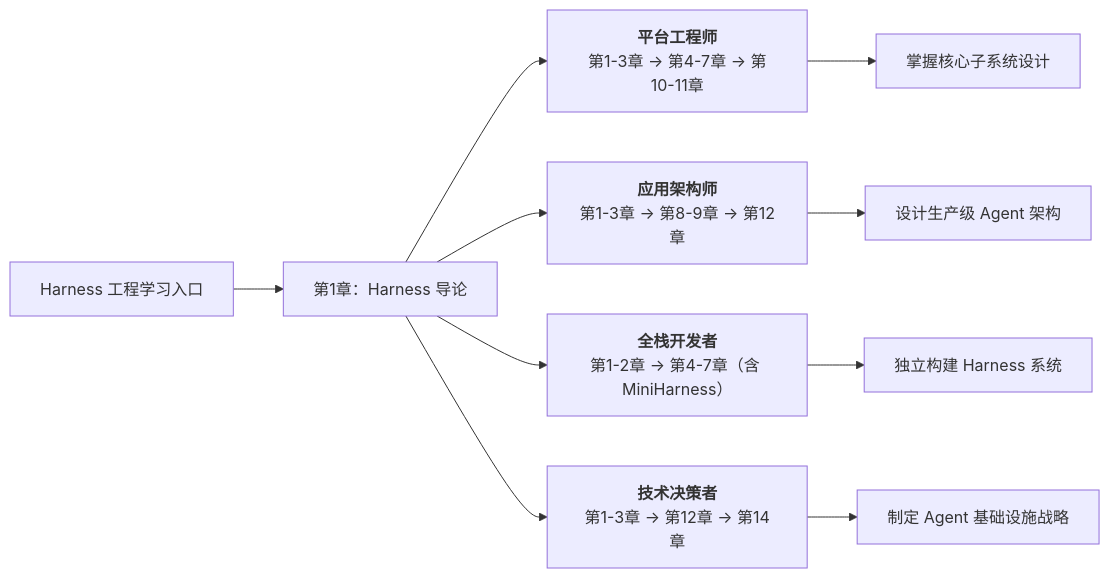
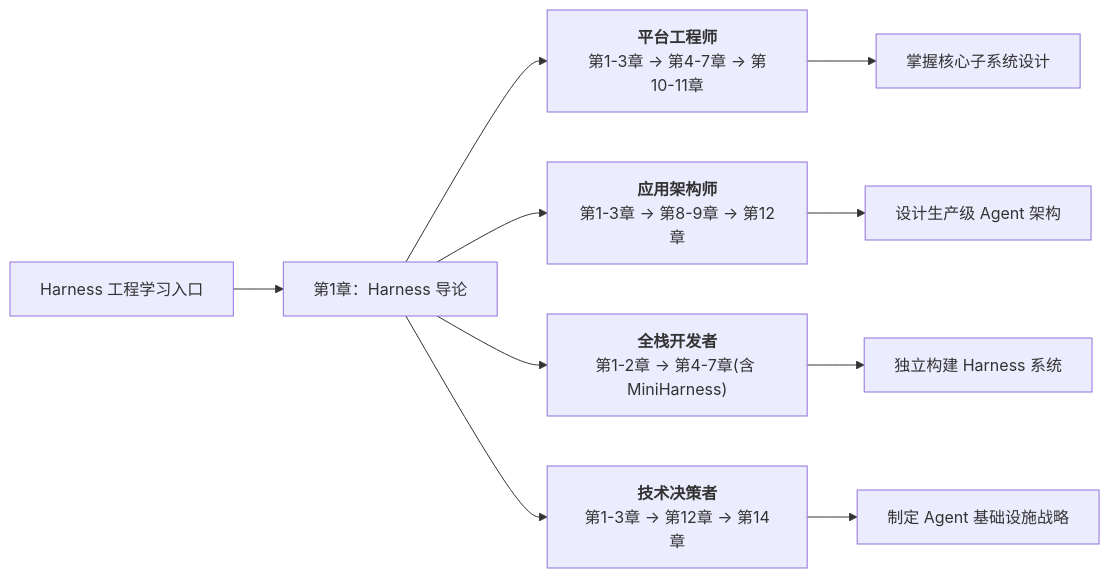
Before and after one commit to yeasy/harness_engineering_guide: the diagram in README.md, drawn with Mermaid. The commit also changed 58 other files, not shown here.

````diff
--- a/README.md
+++ b/README.md
@@ -64,14 +64,14 @@
 ```mermaid
 graph LR
     Start[Harness 工程学习入口] --> Ch1[第1章：Harness 导论]
 
     Ch1 --> Role1["<b>平台工程师</b><br/>第1-3章 → 第4-7章 → 第10-11章"]
     Ch1 --> Role2["<b>应用架构师</b><br/>第1-3章 → 第8-9章 → 第12章"]
-    Ch1 --> Role3["<b>全栈开发者</b><br/>第1-2章 → 第4-7章（含 MiniHarness）"]
+    Ch1 --> Role3["<b>全栈开发者</b><br/>第1-2章 → 第4-7章(含 MiniHarness)"]
     Ch1 --> Role4["<b>技术决策者</b><br/>第1-3章 → 第12章 → 第14章"]
 
     Role1 --> End1["掌握核心子系统设计"]
     Role2 --> End2["设计生产级 Agent 架构"]
     Role3 --> End3["独立构建 Harness 系统"]
     Role4 --> End4["制定 Agent 基础设施战略"]
 ```
````
